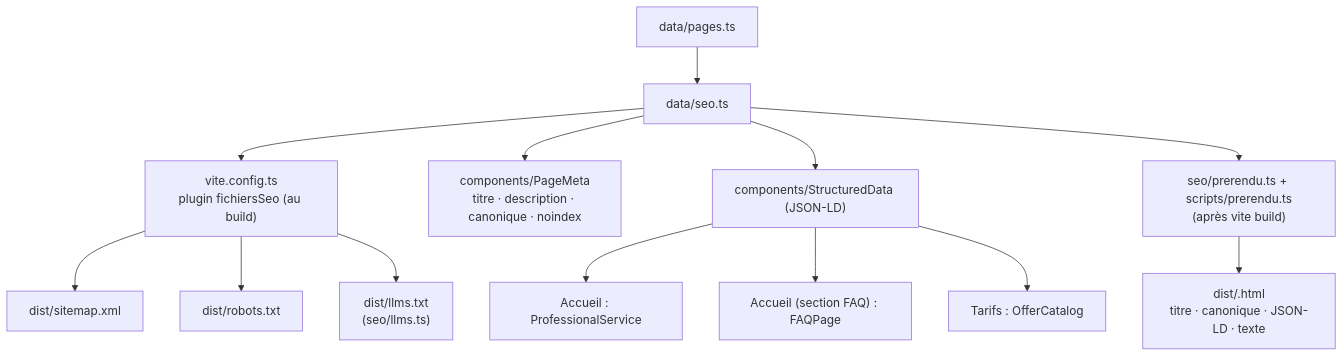
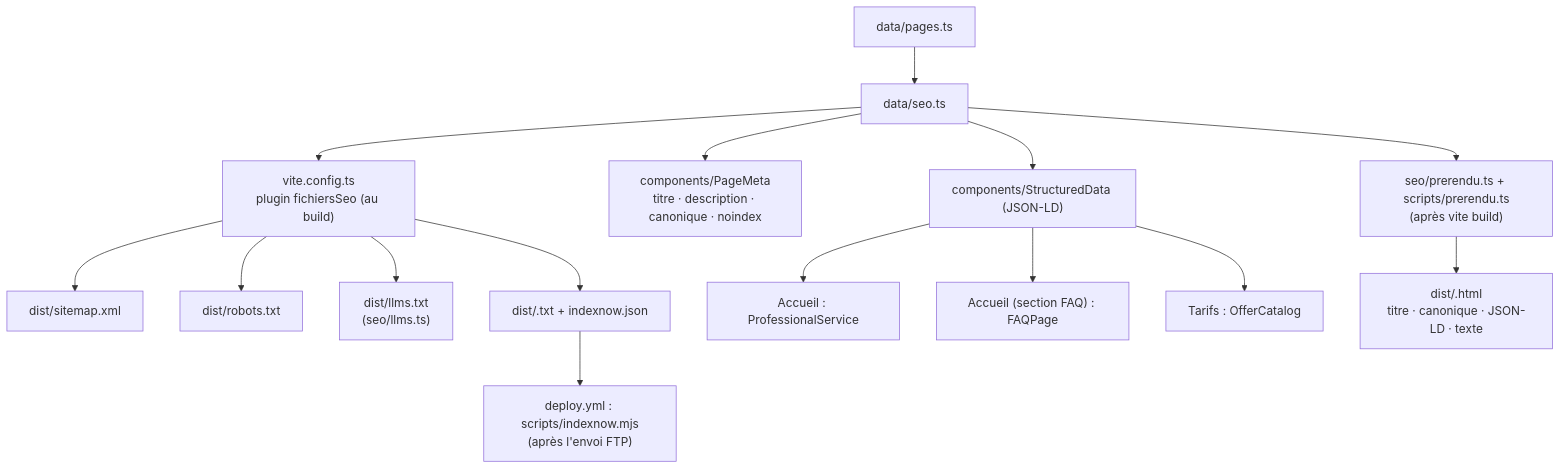
One commit to bsandoz79/bsandoz-site changed the diagram in docs/fonctionnalites/seo.md. Above: the diagram before and after it, drawn with Mermaid. The commit also changed other lines of this file and 7 other files, not shown here.

````diff
--- a/docs/fonctionnalites/seo.md
+++ b/docs/fonctionnalites/seo.md
@@ -7,15 +7,17 @@
 ```mermaid
 flowchart TB
   pages["data/pages.ts"] --> seo["data/seo.ts"]
   seo --> plugin["vite.config.ts<br/>plugin fichiersSeo (au build)"]
   plugin --> sitemap["dist/sitemap.xml"]
   plugin --> robots["dist/robots.txt"]
   plugin --> llms["dist/llms.txt<br/>(seo/llms.ts)"]
+  plugin --> inx["dist/<clé>.txt + indexnow.json"]
+  inx --> dep["deploy.yml : scripts/indexnow.mjs<br/>(après l'envoi FTP)"]
   seo --> pm["components/PageMeta<br/>titre · description · canonique · noindex"]
   seo --> sd["components/StructuredData (JSON-LD)"]
   sd --> h["Accueil : ProfessionalService"]
   sd --> f["Accueil (section FAQ) : FAQPage"]
   sd --> t["Tarifs : OfferCatalog"]
   seo --> pr["seo/prerendu.ts + scripts/prerendu.ts<br/>(après vite build)"]
   pr --> html["dist/<page>.html<br/>titre · canonique · JSON-LD · texte"]
 ```
````
